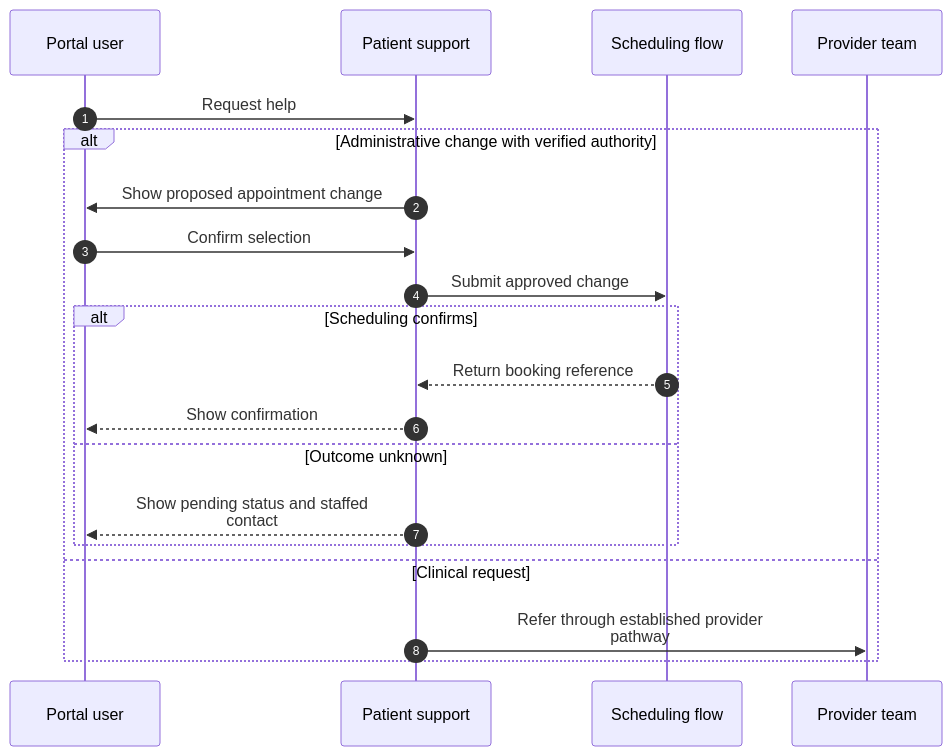
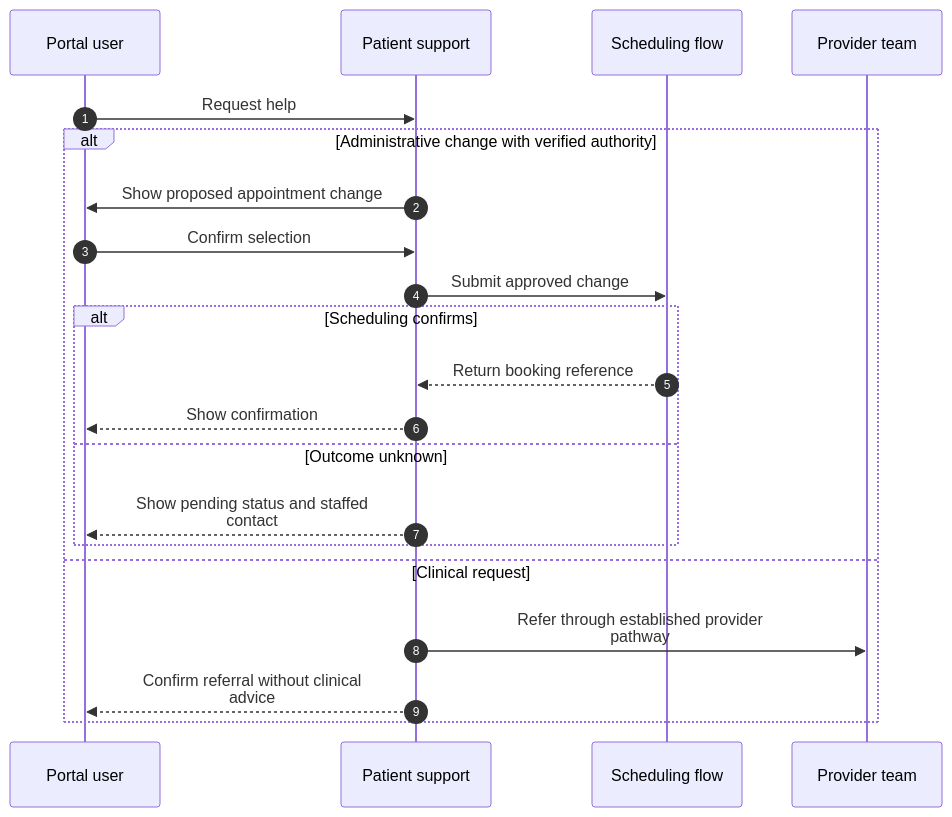
One commit to abhishek-ai-enabler/copilotstudio-architecture-patterns changed the second of 2 diagrams in solution-ideas/patient-support.md. Above: the diagram before and after it, drawn with Mermaid. The commit also changed other lines of this file and 41 other files, not shown here.

First line of the commit message:
Review diagrams: add return paths and fix flow accuracy

````diff
--- a/solution-ideas/patient-support.md
+++ b/solution-ideas/patient-support.md
@@ -36,23 +37,24 @@
 ```mermaid
 sequenceDiagram
     accTitle: Patient portal for administrative support - technical flow
     autonumber
     participant U as Portal user
     participant A as Patient support
     participant F as Scheduling flow
     participant H as Provider team
     U->>A: Request help
     alt Administrative change with verified authority
-        A->>U: Show proposed appointment change
-        U->>A: Confirm selection
-        A->>F: Submit approved change
-        alt Scheduling confirms
-            F-->>A: Return booking reference
-            A-->>U: Show confirmation
-        else Outcome unknown
-            A-->>U: Show pending status and staffed<br/>contact
-        end
+      A->>U: Show proposed appointment change
+      U->>A: Confirm selection
+      A->>F: Submit approved change
+      alt Scheduling confirms
+        F-->>A: Return booking reference
+        A-->>U: Show confirmation
+      else Outcome unknown
+        A-->>U: Show pending status and staffed<br/>contact
+      end
     else Clinical request
-        A->>H: Refer through established provider<br/>pathway
+      A->>H: Refer through established provider<br/>pathway
+      A-->>U: Confirm referral without clinical<br/>advice
     end
 ```
````
